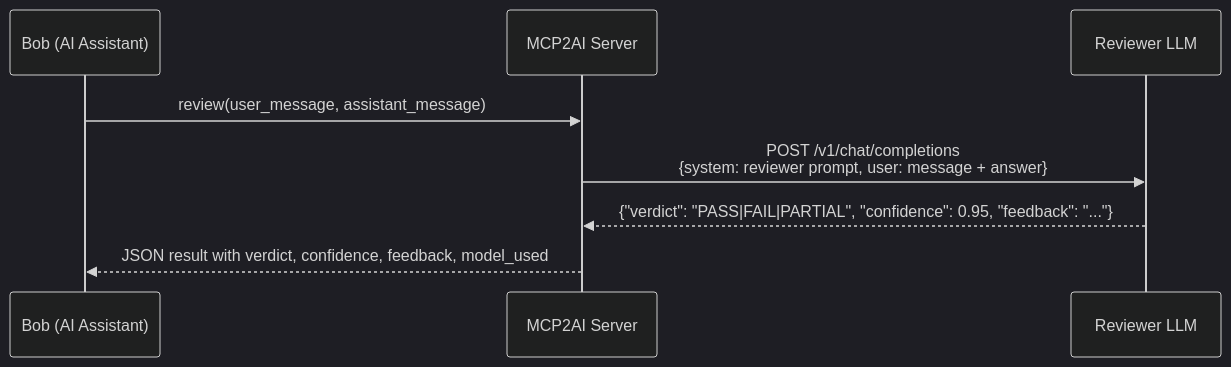
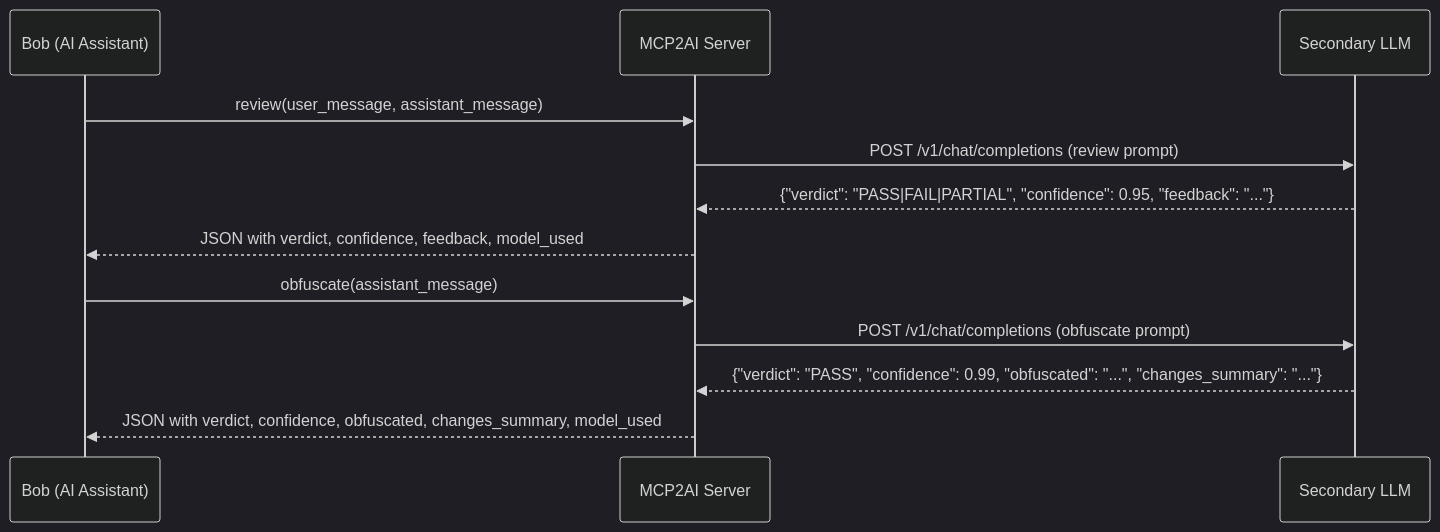
The diagram in README.md (Warpguru/MCP2AI), drawn with Mermaid (dark theme) before and after one commit. The commit also changed other lines of this file and 17 other files, not shown here.

Commit message:
Finalized /mcp-review and /mcp-obfuscate skills and tools

````diff
--- a/README.md
+++ b/README.md
@@ -11,11 +37,16 @@
 ```mermaid
 sequenceDiagram
     participant Bob as Bob (AI Assistant)
     participant MCP as MCP2AI Server
-    participant LLM as Reviewer LLM
+    participant LLM as Secondary LLM
 
     Bob->>MCP: review(user_message, assistant_message)
-    MCP->>LLM: POST /v1/chat/completions<br/>{system: reviewer prompt, user: message + answer}
+    MCP->>LLM: POST /v1/chat/completions (review prompt)
     LLM-->>MCP: {"verdict": "PASS|FAIL|PARTIAL", "confidence": 0.95, "feedback": "..."}
-    MCP-->>Bob: JSON result with verdict, confidence, feedback, model_used
+    MCP-->>Bob: JSON with verdict, confidence, feedback, model_used
+
+    Bob->>MCP: obfuscate(assistant_message)
+    MCP->>LLM: POST /v1/chat/completions (obfuscate prompt)
+    LLM-->>MCP: {"verdict": "PASS", "confidence": 0.99, "obfuscated": "...", "changes_summary": "..."}
+    MCP-->>Bob: JSON with verdict, confidence, obfuscated, changes_summary, model_used
 ```
````
